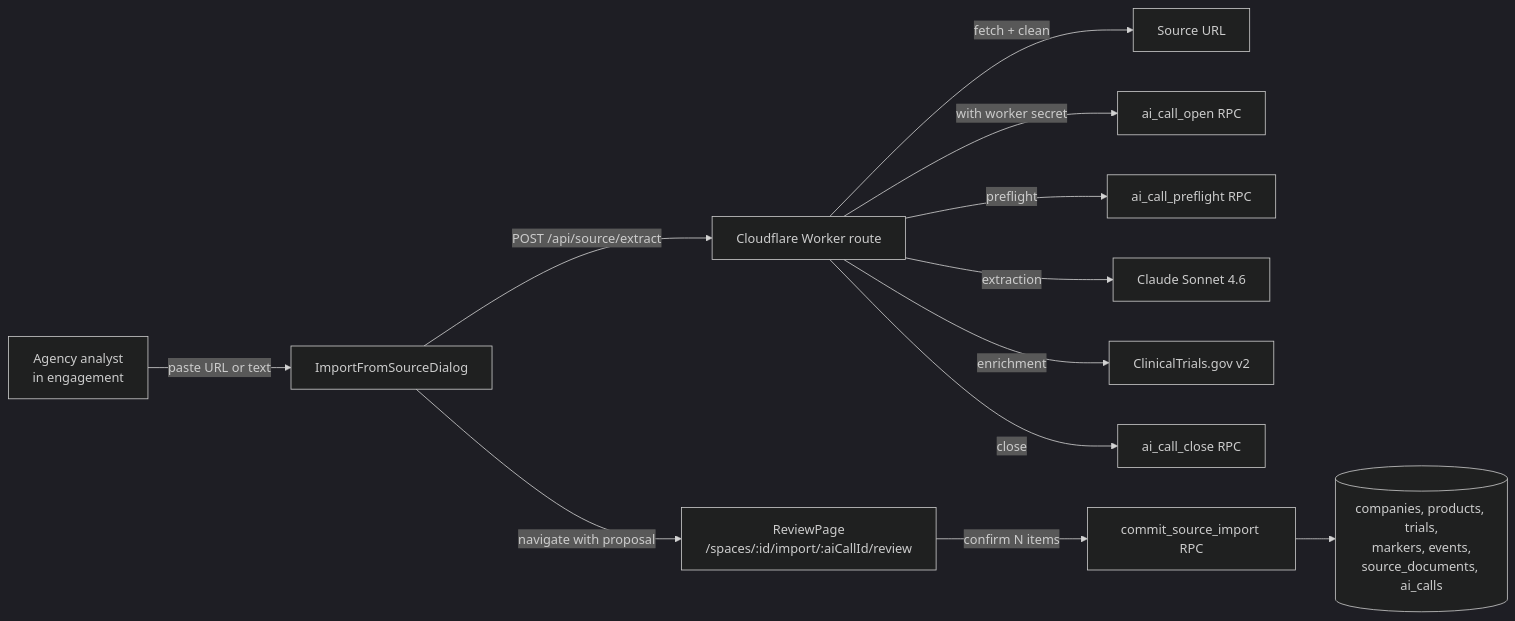
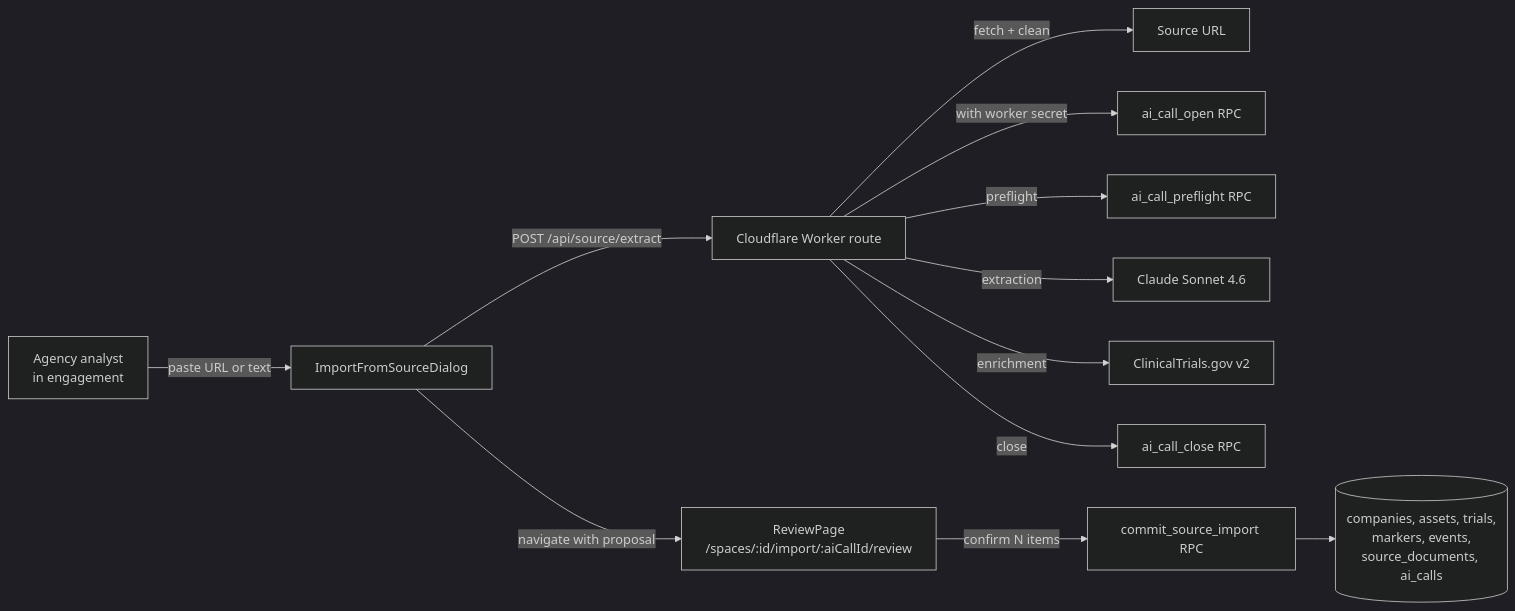
One commit to clint-org/clint changed the diagram in docs/superpowers/specs/2026-05-21-source-ingestion-design.md. Above: the diagram before and after it, drawn with Mermaid (dark theme). The commit also changed other lines of this file and 416 other files, not shown here.

````diff
--- a/docs/superpowers/specs/2026-05-21-source-ingestion-design.md
+++ b/docs/superpowers/specs/2026-05-21-source-ingestion-design.md
@@ -106,14 +114,14 @@
 ```mermaid
 flowchart LR
   U[Agency analyst<br/>in engagement] -->|paste URL or text| M[ImportFromSourceDialog]
   M -->|POST /api/source/extract| W[Cloudflare Worker route]
   W -->|fetch + clean| SRC[Source URL]
   W -->|with worker secret| AO[ai_call_open RPC]
   W -->|preflight| PF[ai_call_preflight RPC]
   W -->|extraction| AI[Claude Sonnet 4.6]
   W -->|enrichment| CT[ClinicalTrials.gov v2]
   W -->|close| AC[ai_call_close RPC]
   M -->|navigate with proposal| R[ReviewPage<br/>/spaces/:id/import/:aiCallId/review]
   R -->|confirm N items| RPC[commit_source_import RPC]
-  RPC --> DB[(companies, products, trials,<br/>markers, events,<br/>source_documents, ai_calls)]
+  RPC --> DB[(companies, assets, trials,<br/>markers, events,<br/>source_documents, ai_calls)]
 ```
````
